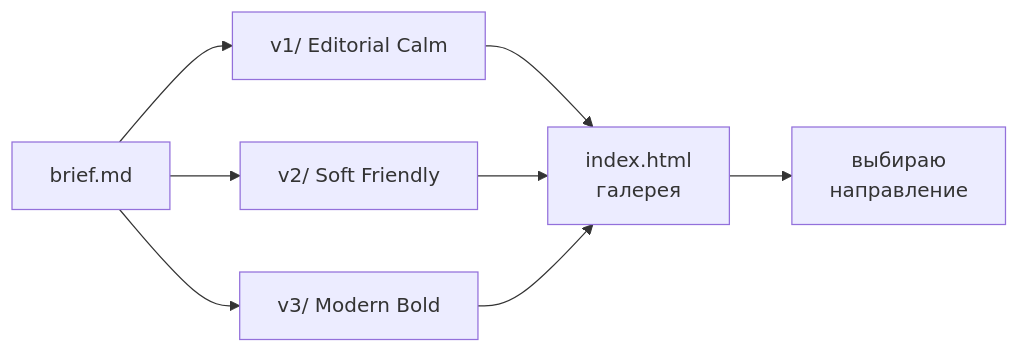
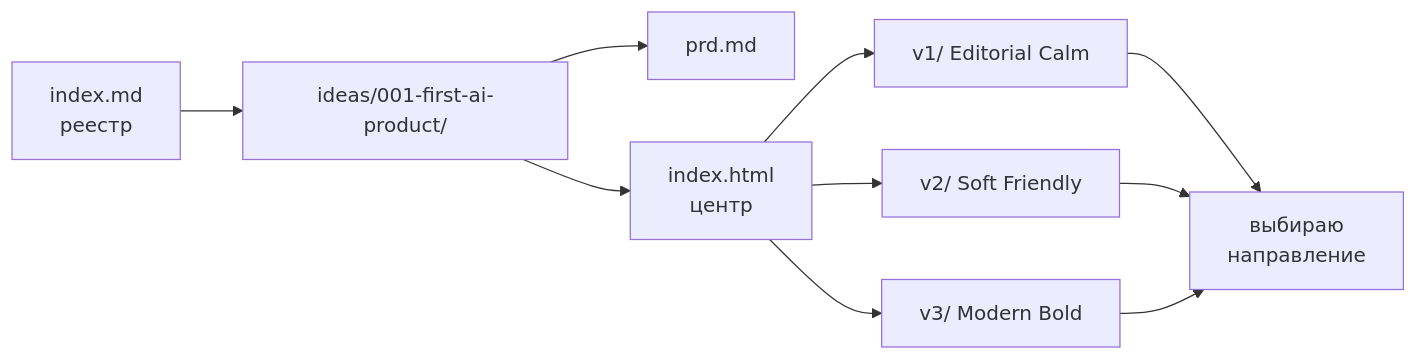
The diagram in README.md (serejaris/x26-ideas), drawn with Mermaid before and after one commit. The commit also changed other lines of this file and 12 other files, not shown here.

First line of the commit message:
Реструктуризация в отдел идей: ideas/001 + реестр index.md

````diff
--- a/README.md
+++ b/README.md
@@ -23,10 +21,12 @@
 ```mermaid
 flowchart LR
-    B[brief.md] --> V1[v1/ Editorial Calm]
-    B --> V2[v2/ Soft Friendly]
-    B --> V3[v3/ Modern Bold]
-    V1 --> G[index.html<br/>галерея]
-    V2 --> G
-    V3 --> G
-    G --> P[выбираю<br/>направление]
+    R[index.md<br/>реестр] --> I1[ideas/001-first-ai-product/]
+    I1 --> PRD[prd.md]
+    I1 --> C[index.html<br/>центр]
+    C --> V1[v1/ Editorial Calm]
+    C --> V2[v2/ Soft Friendly]
+    C --> V3[v3/ Modern Bold]
+    V1 --> P[выбираю<br/>направление]
+    V2 --> P
+    V3 --> P
 ```
````
